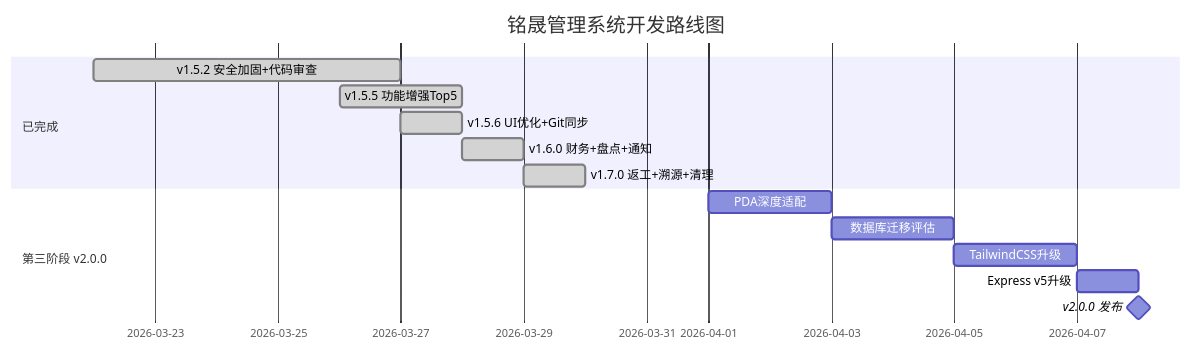
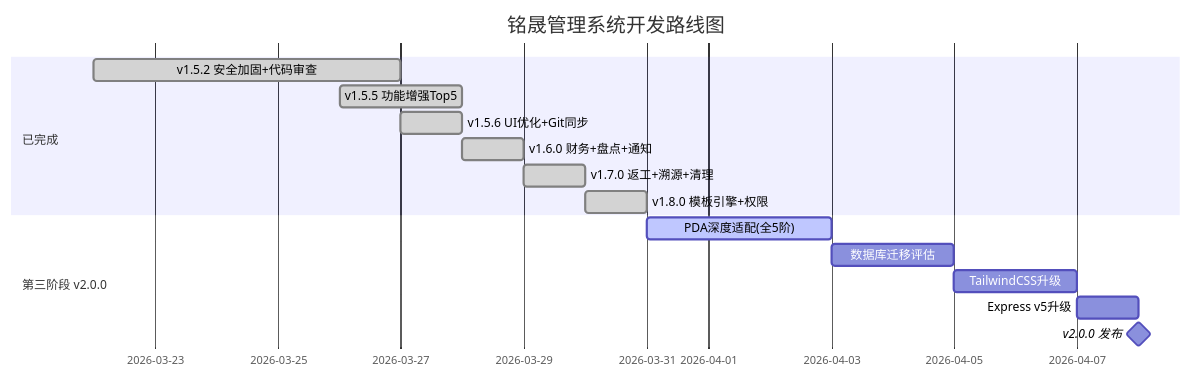
The diagram in optimization_roadmap.md (sun19990529-code/-erp), drawn with Mermaid before and after one commit. The commit also changed other lines of this file and 8 other files, not shown here.

````diff
--- a/optimization_roadmap.md
+++ b/optimization_roadmap.md
@@ -139,17 +139,18 @@
 ```mermaid
 gantt
     title 铭晟管理系统开发路线图
     dateFormat  YYYY-MM-DD
     section 已完成
     v1.5.2 安全加固+代码审查    :done, d1, 2026-03-22, 5d
     v1.5.5 功能增强Top5          :done, d2, 2026-03-26, 2d
     v1.5.6 UI优化+Git同步       :done, d3, 2026-03-27, 1d
     v1.6.0 财务+盘点+通知       :done, d4, 2026-03-28, 1d
     v1.7.0 返工+溯源+清理       :done, d5, 2026-03-29, 1d
+    v1.8.0 模板引擎+权限       :done, d6, 2026-03-30, 1d
     section 第三阶段 v2.0.0
-    PDA深度适配                 :a1, 2026-04-01, 2d
+    PDA深度适配(全5阶)           :active, a1, 2026-03-31, 3d
     数据库迁移评估              :a2, after a1, 2d
     TailwindCSS升级             :a3, after a2, 2d
     Express v5升级              :a4, after a3, 1d
     v2.0.0 发布                 :milestone, after a4, 0d
 ```
````
